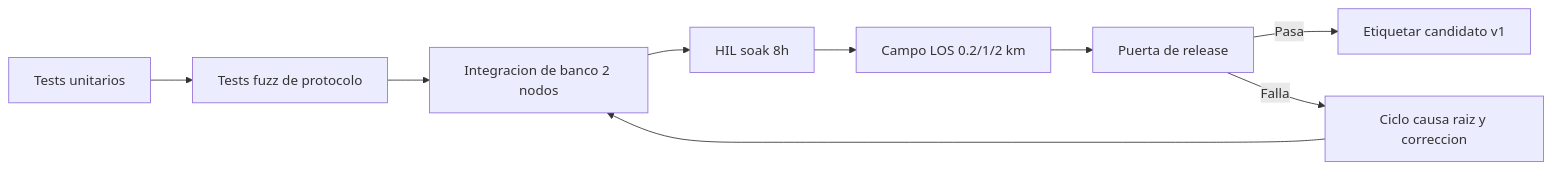
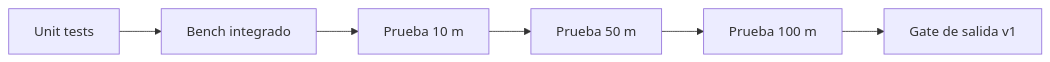
Before and after one commit to Alan-B525/ADQ-protocolo: the diagram in docs/testing/test-plan-v1.md, drawn with Mermaid. The commit also changed other lines of this file and 50 other files, not shown here.

First line of the commit message:
Add new modules for ADQ protocol handling and unit tests

````diff
--- a/docs/testing/test-plan-v1.md
+++ b/docs/testing/test-plan-v1.md
@@ -9,11 +9,8 @@
 ```mermaid
 flowchart LR
-  A[Tests unitarios] --> B[Tests fuzz de protocolo]
-  B --> C[Integracion de banco 2 nodos]
-  C --> D[HIL soak 8h]
-  D --> E[Campo LOS 0.2/1/2 km]
-  E --> F[Puerta de release]
-  F -->|Pasa| G[Etiquetar candidato v1]
-  F -->|Falla| H[Ciclo causa raiz y correccion]
-  H --> C
+  A[Unit tests] --> B[Bench integrado]
+  B --> C[Prueba 10 m]
+  C --> D[Prueba 50 m]
+  D --> E[Prueba 100 m]
+  E --> F[Gate de salida v1]
 ```
````
